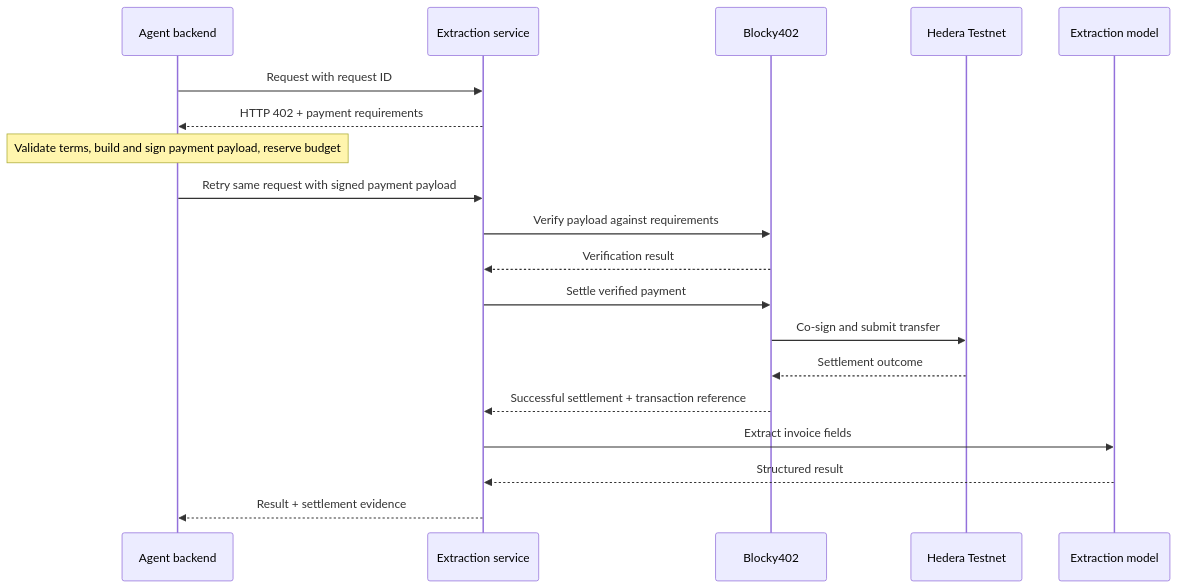
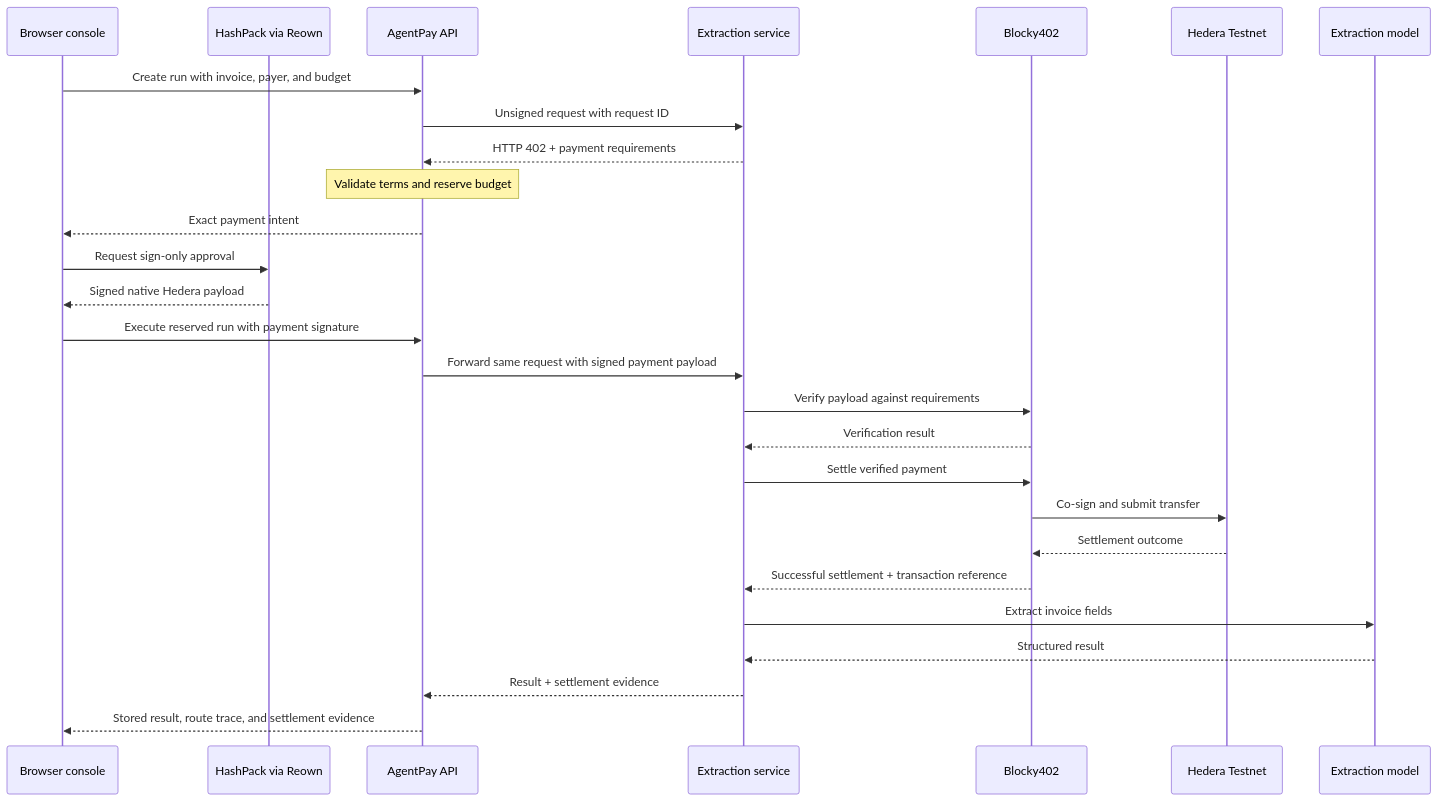
The third of 4 diagrams in README.md (hackerjose25/AgentPay), drawn with Mermaid before and after one commit. The commit also changed other lines of this file and 5 other files, not shown here.

````diff
--- a/README.md
+++ b/README.md
@@ -225,21 +232,29 @@
 ```mermaid
 sequenceDiagram
-    participant A as Agent backend
+    participant U as Browser console
+    participant W as HashPack via Reown
+    participant A as AgentPay API
     participant S as Extraction service
     participant B as Blocky402
     participant H as Hedera Testnet
     participant M as Extraction model
-    A->>S: Request with request ID
+    U->>A: Create run with invoice, payer, and budget
+    A->>S: Unsigned request with request ID
     S-->>A: HTTP 402 + payment requirements
-    Note over A: Validate terms, build and sign payment payload, reserve budget
-    A->>S: Retry same request with signed payment payload
+    Note over A: Validate terms and reserve budget
+    A-->>U: Exact payment intent
+    U->>W: Request sign-only approval
+    W-->>U: Signed native Hedera payload
+    U->>A: Execute reserved run with payment signature
+    A->>S: Forward same request with signed payment payload
     S->>B: Verify payload against requirements
     B-->>S: Verification result
     S->>B: Settle verified payment
     B->>H: Co-sign and submit transfer
     H-->>B: Settlement outcome
     B-->>S: Successful settlement + transaction reference
     S->>M: Extract invoice fields
     M-->>S: Structured result
     S-->>A: Result + settlement evidence
+    A-->>U: Stored result, route trace, and settlement evidence
 ```
````
